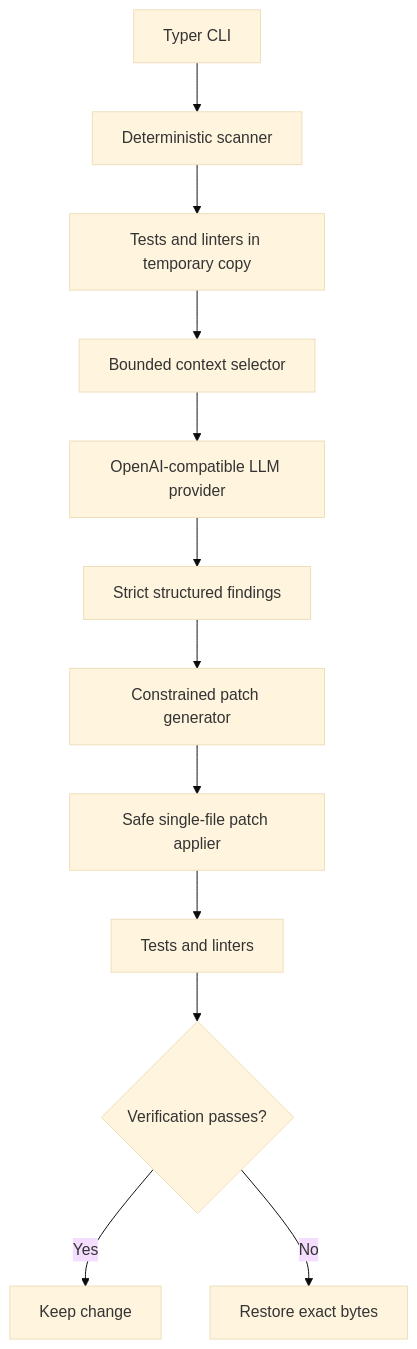
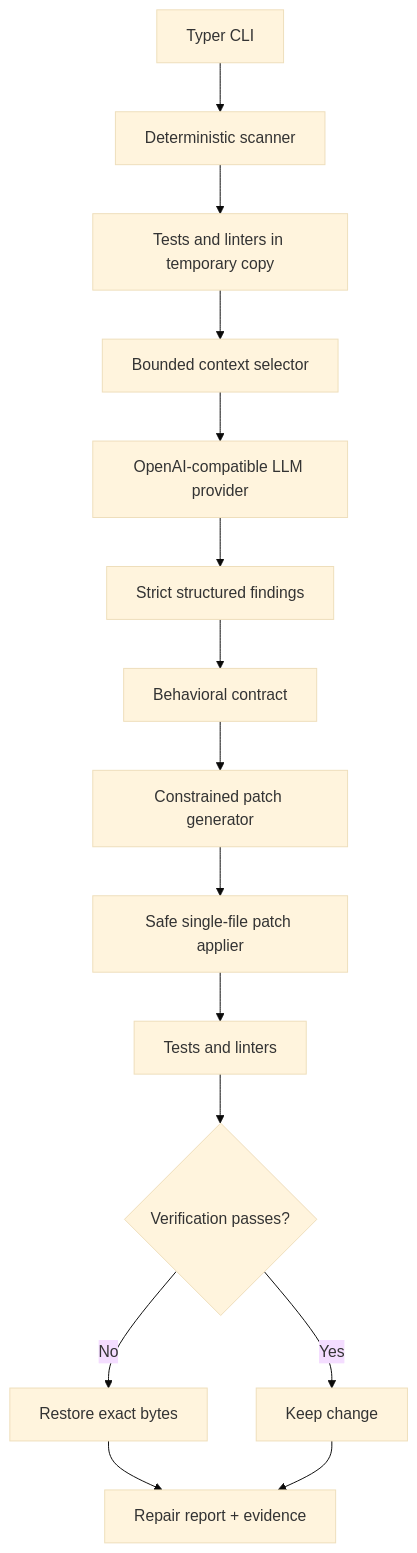
The diagram in README.md (asxvgxkep/repo-doctor), drawn with Mermaid (base theme) before and after one commit.

Commit message:
docs: update architecture diagram for 6E pipeline

````diff
--- a/README.md
+++ b/README.md
@@ -183,14 +183,17 @@
 ```mermaid
 flowchart TD
     CLI["Typer CLI"] --> Scanner["Deterministic scanner"]
     Scanner --> Verifier1["Tests and linters in temporary copy"]
     Verifier1 --> Selector["Bounded context selector"]
     Selector --> Provider["OpenAI-compatible LLM provider"]
     Provider --> Findings["Strict structured findings"]
-    Findings --> Generator["Constrained patch generator"]
+    Findings --> Contract["Behavioral contract"]
+    Contract --> Generator["Constrained patch generator"]
     Generator --> Applier["Safe single-file patch applier"]
     Applier --> Verifier2["Tests and linters"]
     Verifier2 --> Decision{"Verification passes?"}
     Decision -->|Yes| Keep["Keep change"]
     Decision -->|No| Rollback["Restore exact bytes"]
+    Rollback --> Report["Repair report + evidence"]
+    Keep --> Report
 ```
````
